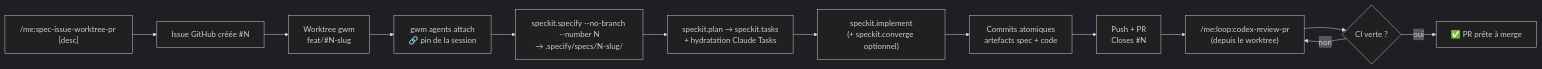
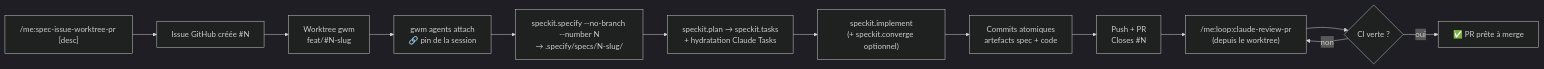
Before and after one commit to kbrdn1/dotfiles: the fourth of 8 diagrams in dot_claude/WORKFLOW.md, drawn with Mermaid (dark theme). The commit also changed other lines of this file and 20 other files, not shown here.

````diff
--- a/dot_claude/WORKFLOW.md
+++ b/dot_claude/WORKFLOW.md
@@ -214,15 +217,15 @@
 ```mermaid
 flowchart LR
     A["/me:spec-issue-worktree-pr [desc]"] --> B[Issue GitHub créée #N]
     B --> C[Worktree gwm<br/>feat/#N-slug]
     C --> CA["gwm agents attach<br/>🔗 pin de la session"]
     CA --> D["speckit.specify --no-branch --number N<br/>→ .specify/specs/N-slug/"]
     D --> E[speckit.plan → speckit.tasks<br/>+ hydratation Claude Tasks]
     E --> F["speckit.implement<br/>(+ speckit.converge optionnel)"]
     F --> G[Commits atomiques<br/>artefacts spec + code]
     G --> H[Push + PR<br/>Closes #N]
-    H --> I["/me:loop:codex-review-pr<br/>(depuis le worktree)"]
+    H --> I["/me:loop:claude-review-pr<br/>(depuis le worktree)"]
     I --> J{CI verte ?}
     J -->|non| I
     J -->|oui| K[✅ PR prête à merge]
 ```
````
